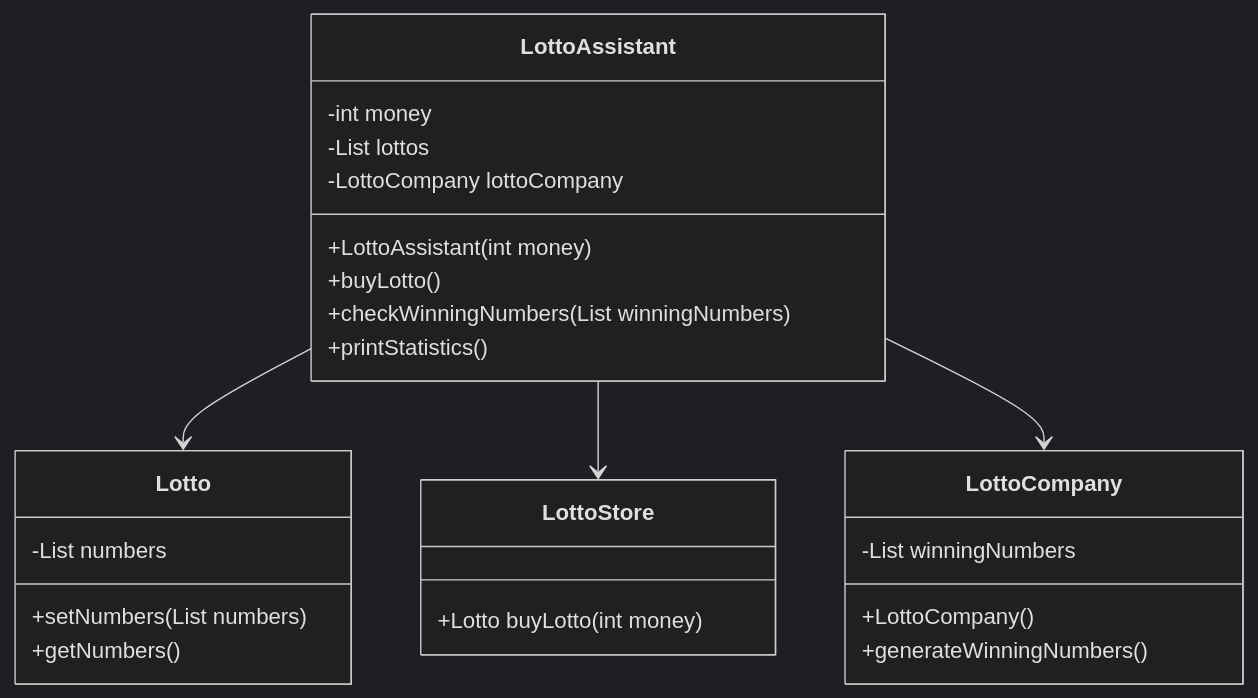
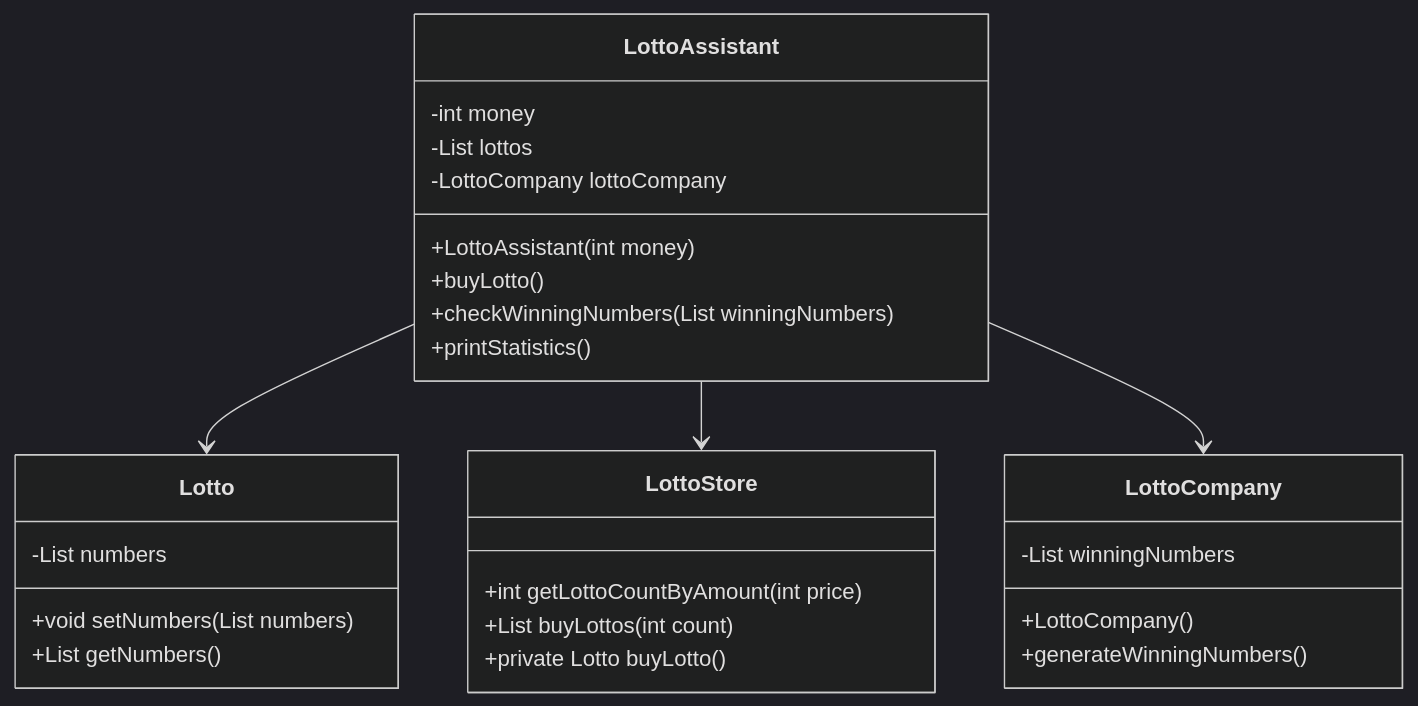
Before and after one commit to space-cap/java-study-blog: the diagram in java_standard_3rd/Hello/src/mentor/homework0418/README.md, drawn with Mermaid (dark theme).

````diff
--- a/java_standard_3rd/Hello/src/mentor/homework0418/README.md
+++ b/java_standard_3rd/Hello/src/mentor/homework0418/README.md
@@ -16,32 +16,34 @@
 ```mermaid
 classDiagram
     class LottoAssistant {
         -int money
         -List<Lotto> lottos
         -LottoCompany lottoCompany
         +LottoAssistant(int money)
         +buyLotto()
         +checkWinningNumbers(List<int> winningNumbers)
         +printStatistics()
     }
 
     class Lotto {
         -List<Integer> numbers
-        +setNumbers(List<Integer> numbers)
-        +getNumbers()
+        +void setNumbers(List<Integer> numbers)
+        +List<Integer> getNumbers()
     }
 
     class LottoStore {
-        +Lotto buyLotto(int money)
+        +int getLottoCountByAmount(int price)
+        +List<Lotto> buyLottos(int count)
+        +private Lotto buyLotto()
     }
 
     class LottoCompany {
         -List<int> winningNumbers
         +LottoCompany()
         +generateWinningNumbers()
     }
 
     LottoAssistant --> Lotto
     LottoAssistant --> LottoStore
     LottoAssistant --> LottoCompany
 ```
````
